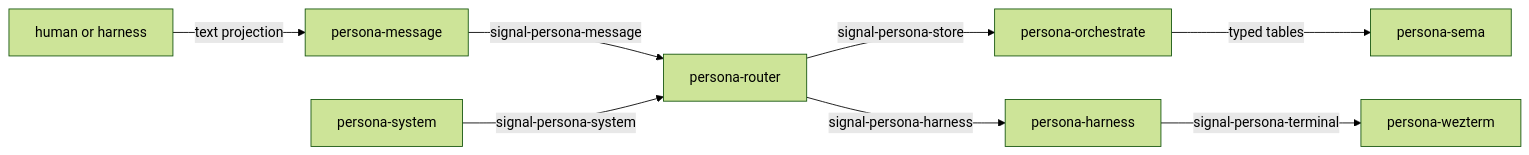
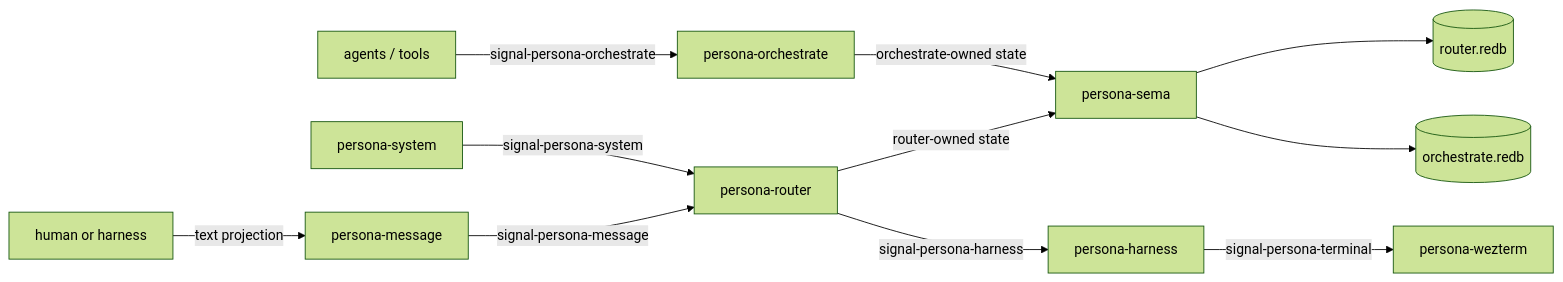
Before and after one commit to LiGoldragon/persona: the third of 4 diagrams in ARCHITECTURE.md, drawn with Mermaid (forest theme). The commit also changed other lines of this file and 9 other files, not shown here.

Commit message:
fix(persona): retire store-channel fixture

````diff
--- a/ARCHITECTURE.md
+++ b/ARCHITECTURE.md
@@ -136,10 +137,13 @@
 ```mermaid
 flowchart LR
     human["human or harness"] -->|text projection| message["persona-message"]
     message -->|signal-persona-message| router["persona-router"]
-    router -->|signal-persona-store| orchestrate["persona-orchestrate"]
-    orchestrate -->|typed tables| sema["persona-sema"]
+    router -->|router-owned state| sema["persona-sema"]
+    sema --> router_database[("router.redb")]
     system["persona-system"] -->|signal-persona-system| router
     router -->|signal-persona-harness| harness["persona-harness"]
     harness -->|signal-persona-terminal| wezterm["persona-wezterm"]
+    agent_tools["agents / tools"] -->|signal-persona-orchestrate| orchestrate["persona-orchestrate"]
+    orchestrate -->|orchestrate-owned state| sema
+    sema --> orchestrate_database[("orchestrate.redb")]
 ```
````
